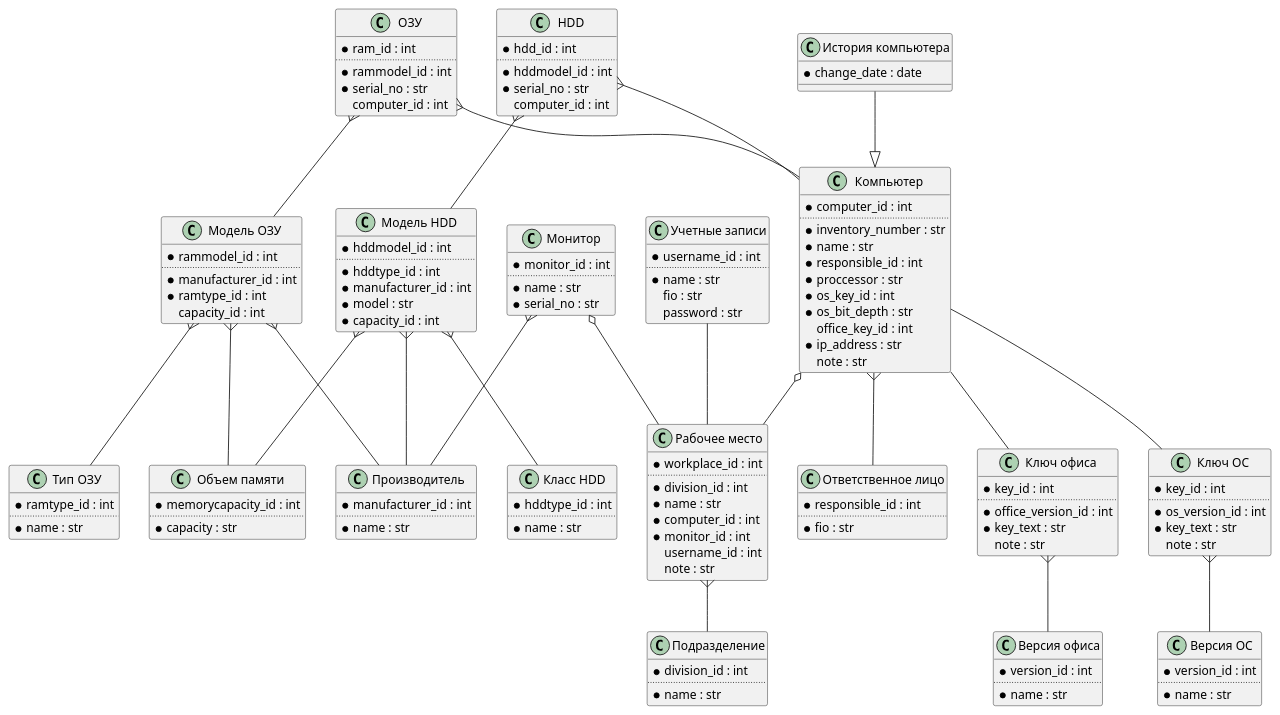
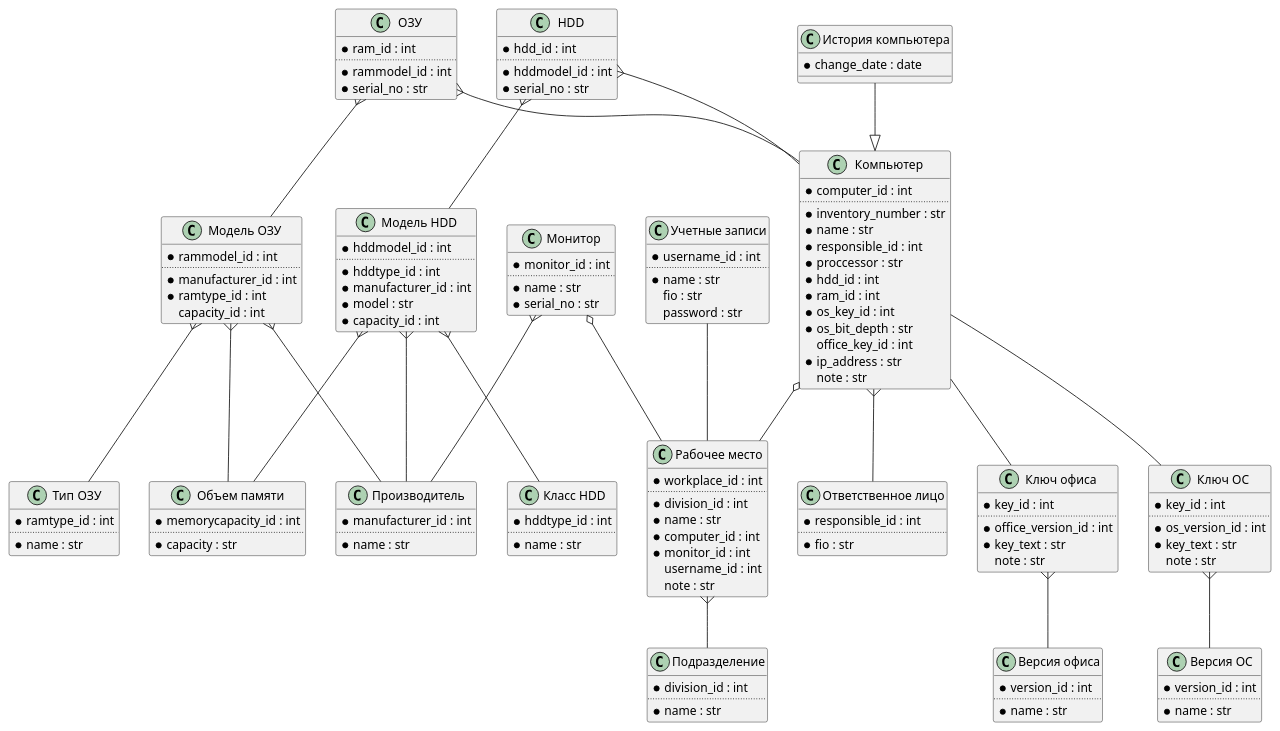
The diagram in database.plantuml (IamEvrik/ipce), drawn with PlantUML before and after one commit. The commit also changed 7 other files, not shown here.

Commit message:
RAM and HDD many-to-many to Computer model

```diff
--- a/database.plantuml
+++ b/database.plantuml
@@ -1,166 +1,166 @@
 @startuml
 
 class "Версия офиса" as OfficeVersion {
 	{field} *version_id : int
 	..
 	{field} *name : str
 }
 
 class "Ключ офиса" as OfficeKey {
 	{field} *key_id : int
 	..
 	{field} *office_version_id : int
 	{field} *key_text : str
 	{field} note : str
 }
 
 class "Версия ОС" as OSVersion {
 	{field} *version_id : int
 	..
 	{field} *name : str
 }
 
 class "Ключ ОС" as OSKey {
 	{field} *key_id : int
 	..
 	{field} *os_version_id : int
 	{field} *key_text : str
 	{field} note : str
 }
 
 class "Подразделение" as Division {
 	{field} *division_id : int
 	..
 	{field} *name : str
 }
 
 class "Рабочее место" as WorkPlace {
 	{field} *workplace_id : int
 	..
 	{field} *division_id : int
 	{field} *name : str
 	{field} *computer_id : int
 	{field} *monitor_id : int
 	{field} username_id : int
 	{field} note : str
 } 
 
 class "Компьютер" as Computer {
 	{field} *computer_id : int
 	..
 	{field} *inventory_number : str
 	{field} *name : str
 	{field} *responsible_id : int
 	{field} *proccessor : str
+	{field} *hdd_id : int
+	{field} *ram_id : int
 	{field} *os_key_id : int
 	{field} *os_bit_depth : str
 	{field} office_key_id : int
 	{field} *ip_address : str
 	{field} note : str
 }	
 
 class "История компьютера" as ComputerHistory {
 	{field} *change_date : date
 }
 
 class "Монитор" as Monitor {
 	{field} *monitor_id : int
 	..
 	{field} *name : str
 	{field} *serial_no : str
 }
 
 class "Учетные записи" as UserName {
 	{field} *username_id : int
 	..
 	{field} *name : str
 	{field} fio : str
 	{field} password : str
 }
 
 class "Ответственное лицо" as Responsible {
 	{field} *responsible_id : int
 	..
 	{field} *fio : str
 } 
 		
 class "Производитель" as Manufacturer {
 	{field} *manufacturer_id : int
 	..
 	{field} *name : str
 }
 
 class "Тип ОЗУ" as RAMType {
 	{field} *ramtype_id : int
 	..
 	{field} *name : str
 }
 
 class "Объем памяти" as MemoryCapacity {
 	{field} *memorycapacity_id : int
 	..
 	{field} *capacity : str	
 }
 
 class "ОЗУ" as RAM {
 	{field} *ram_id : int
 	..
 	{field} *rammodel_id : int
 	{field} *serial_no : str
-	{field} computer_id : int
 }
 
 class "Класс HDD" as HDDType {
 	{field} *hddtype_id : int
 	..
 	{field} *name : str
 }
 
 class "HDD" as HDD {
 	{field} *hdd_id : int
 	..
 	{field} *hddmodel_id : int
 	{field} *serial_no : str
-	{field} computer_id : int
 }
 
 class "Модель ОЗУ" as RAMModel {
 	{field} *rammodel_id : int
 	..
 	{field} *manufacturer_id : int
 	{field} *ramtype_id : int
 	{field} capacity_id : int
 }
 
 class "Модель HDD" as HDDModel {
 	{field} *hddmodel_id : int
 	..
 	{field} *hddtype_id : int
 	{field} *manufacturer_id : int
 	{field} *model : str
 	{field} *capacity_id : int	
 }
 
 OfficeKey }-- OfficeVersion
 OSKey }-- OSVersion
 WorkPlace }-- Division	
 Computer -- OSKey
 Computer -- OfficeKey
 Computer o-- WorkPlace	
 Computer }-- Responsible
 ComputerHistory --|> Computer
 Monitor o-- WorkPlace
 Monitor }-- Manufacturer
 UserName -- WorkPlace
 RAMModel }-- RAMType
 RAMModel }-- MemoryCapacity
 RAMModel }-- Manufacturer
 RAM }-- RAMModel
 RAM }-- Computer
 HDDModel }-- HDDType
 HDD }-- Computer	
 HDDModel }-- Manufacturer
 HDDModel }-- MemoryCapacity
 HDD }-- HDDModel	
 
 @enduml
```
